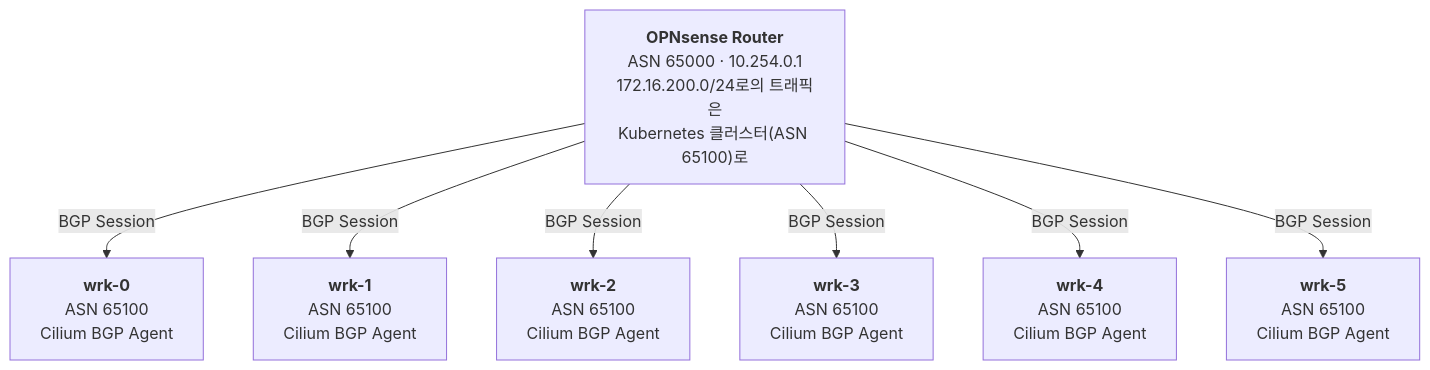
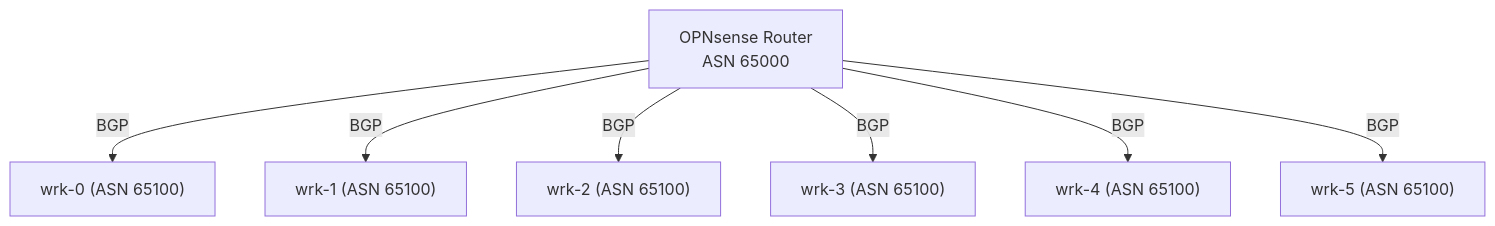
Before and after one commit to garlicKim21/kubernetes-onprem-training: the third of 9 diagrams in day1/ch06-cilium-bgp/README.md, drawn with Mermaid. The commit also changed other lines of this file and 6 other files, not shown here.

````diff
--- a/day1/ch06-cilium-bgp/README.md
+++ b/day1/ch06-cilium-bgp/README.md
@@ -180,10 +193,10 @@
 ```mermaid
 graph TD
-    router["<b>OPNsense Router</b><br/>ASN 65000 · 10.254.0.1<br/>172.16.200.0/24로의 트래픽은<br/>Kubernetes 클러스터(ASN 65100)로"]
-    router -- "BGP Session" --> wrk0["<b>wrk-0</b><br/>ASN 65100<br/>Cilium BGP Agent"]
-    router -- "BGP Session" --> wrk1["<b>wrk-1</b><br/>ASN 65100<br/>Cilium BGP Agent"]
-    router -- "BGP Session" --> wrk2["<b>wrk-2</b><br/>ASN 65100<br/>Cilium BGP Agent"]
-    router -- "BGP Session" --> wrk3["<b>wrk-3</b><br/>ASN 65100<br/>Cilium BGP Agent"]
-    router -- "BGP Session" --> wrk4["<b>wrk-4</b><br/>ASN 65100<br/>Cilium BGP Agent"]
-    router -- "BGP Session" --> wrk5["<b>wrk-5</b><br/>ASN 65100<br/>Cilium BGP Agent"]
+    router["OPNsense Router<br/>ASN 65000"]
+    router -- "BGP" --> wrk0["wrk-0 (ASN 65100)"]
+    router -- "BGP" --> wrk1["wrk-1 (ASN 65100)"]
+    router -- "BGP" --> wrk2["wrk-2 (ASN 65100)"]
+    router -- "BGP" --> wrk3["wrk-3 (ASN 65100)"]
+    router -- "BGP" --> wrk4["wrk-4 (ASN 65100)"]
+    router -- "BGP" --> wrk5["wrk-5 (ASN 65100)"]
 ```
````
